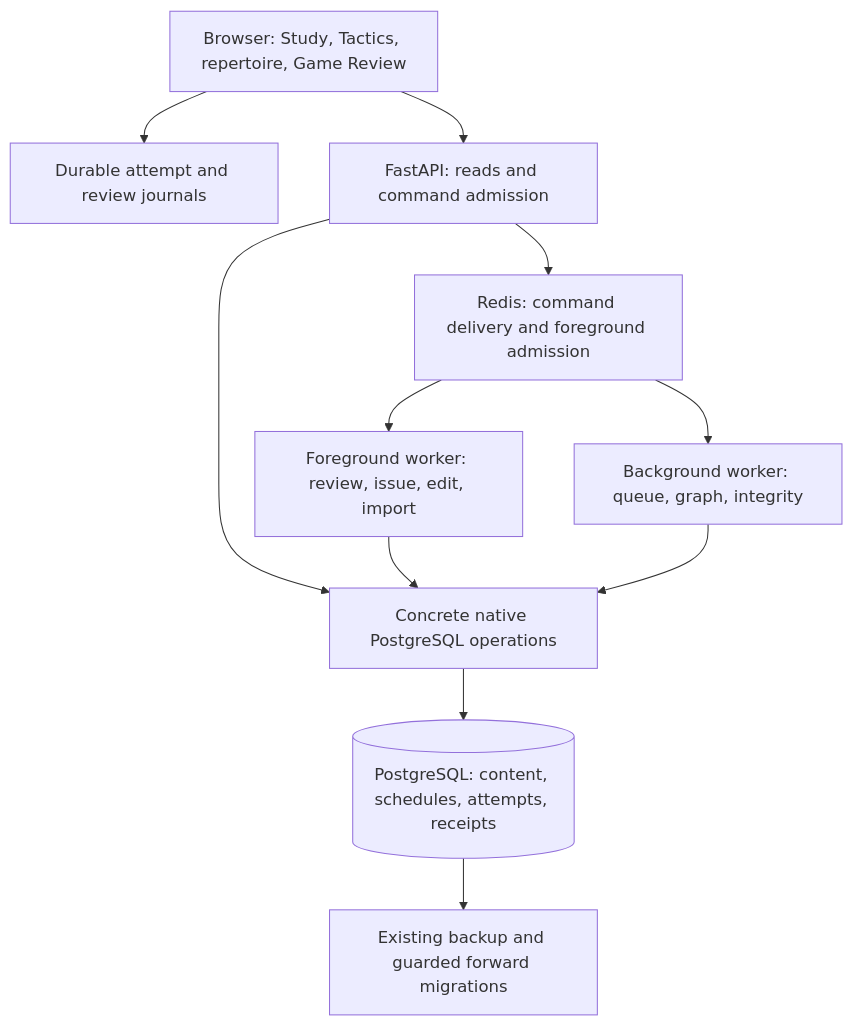
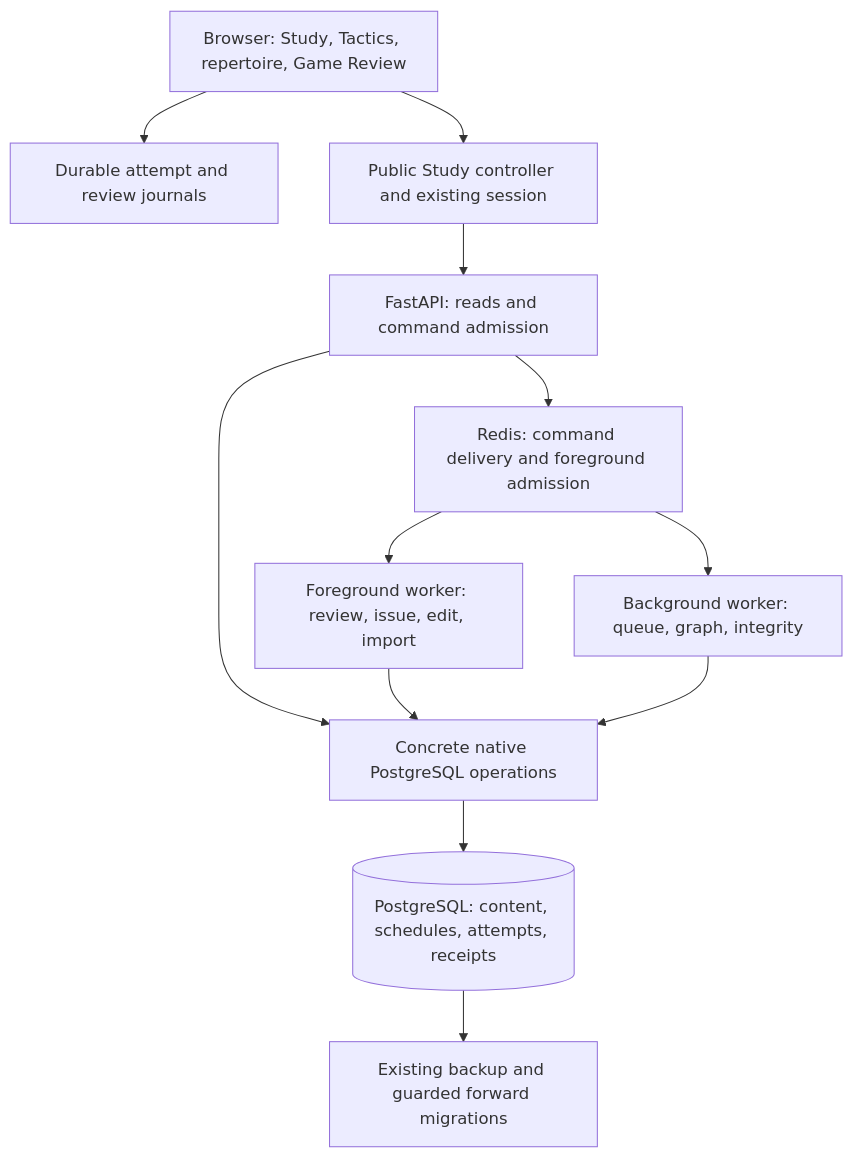
One commit to aaweaver-actuary/tempo changed the diagram in docs/architecture/diagrams/system.md. Above: the diagram before and after it, drawn with Mermaid. The commit also changed other lines of this file and 11 other files, not shown here.

````diff
--- a/docs/architecture/diagrams/system.md
+++ b/docs/architecture/diagrams/system.md
@@ -5,13 +5,14 @@
 ```mermaid
 flowchart TD
   Browser["Browser: Study, Tactics, repertoire, Game Review"] --> Journal["Durable attempt and review journals"]
-  Browser --> API["FastAPI: reads and command admission"]
+  Browser --> Controller["Public Study controller and existing session"]
+  Controller --> API["FastAPI: reads and command admission"]
   API --> Redis["Redis: command delivery and foreground admission"]
   Redis --> Foreground["Foreground worker: review, issue, edit, import"]
   Redis --> Background["Background worker: queue, graph, integrity"]
   API --> Storage["Concrete native PostgreSQL operations"]
   Foreground --> Storage
   Background --> Storage
   Storage --> DB[("PostgreSQL: content, schedules, attempts, receipts")]
   DB --> Backup["Existing backup and guarded forward migrations"]
 ```
````
